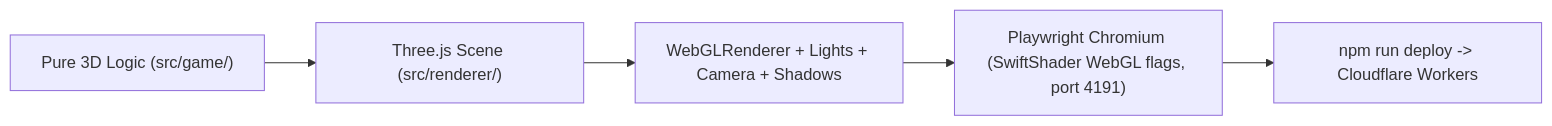
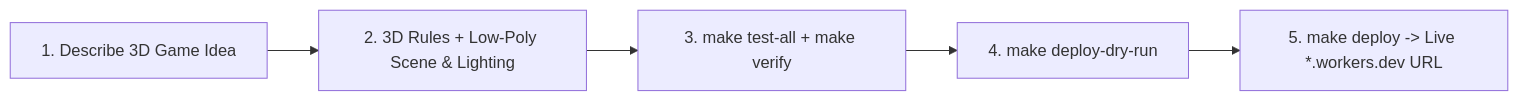
The diagram in courses/day-09-building-a-3d-game/README.md (vuhung16au/gemini-games), drawn with Mermaid before and after one commit. The commit also changed other lines of this file and 30 other files, not shown here.

````diff
--- a/courses/day-09-building-a-3d-game/README.md
+++ b/courses/day-09-building-a-3d-game/README.md
@@ -12,7 +12,7 @@
 ```mermaid
 flowchart LR
-  Sim["Pure 3D Logic (src/game/)"] --> Scene["Three.js Scene (src/renderer/)"]
-  Scene --> WebGL["WebGLRenderer + Lights + Camera + Shadows"]
-  WebGL --> E2E["Playwright Chromium (SwiftShader WebGL flags, port 4191)"]
-  E2E --> Deploy["npm run deploy -> Cloudflare Workers"]
+  Idea["1. Describe 3D Game Idea"] --> Sim["2. 3D Rules + Low-Poly Scene & Lighting"]
+  Sim --> Verify["3. make test-all + make verify"]
+  Verify --> DryRun["4. make deploy-dry-run"]
+  DryRun --> Deploy["5. make deploy -> Live *.workers.dev URL"]
 ```
````
